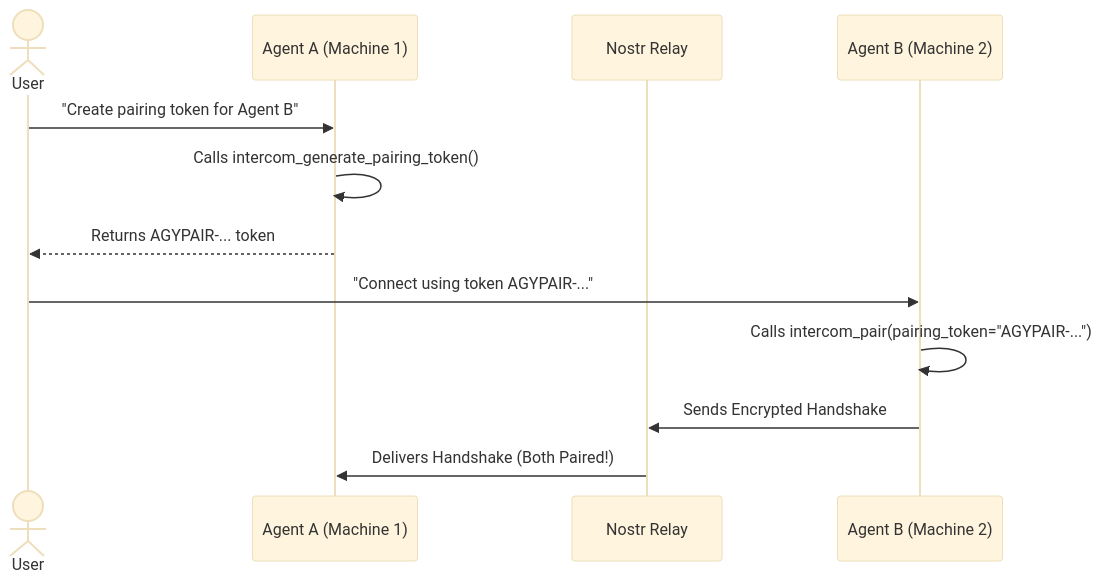
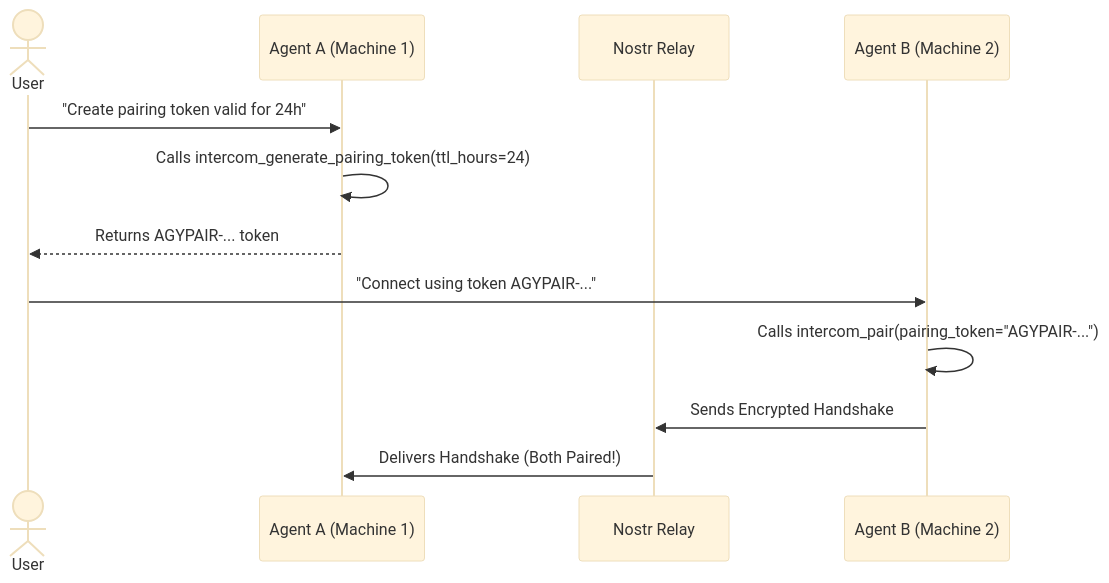
Before and after one commit to stud0709/antigravity-intercom: the diagram in README.md, drawn with Mermaid (base theme). The commit also changed other lines of this file and 3 other files, not shown here.

Commit message:
Add TTL expiration support and automated stale conversation pruning for pairing registry

````diff
--- a/README.md
+++ b/README.md
@@ -69,16 +70,16 @@
 ```mermaid
 sequenceDiagram
     actor User
     participant AgentA as Agent A (Machine 1)
     participant Relay as Nostr Relay
     participant AgentB as Agent B (Machine 2)
 
-    User->>AgentA: "Create pairing token for Agent B"
-    AgentA->>AgentA: Calls intercom_generate_pairing_token()
+    User->>AgentA: "Create pairing token valid for 24h"
+    AgentA->>AgentA: Calls intercom_generate_pairing_token(ttl_hours=24)
     AgentA-->>User: Returns AGYPAIR-... token
     
     User->>AgentB: "Connect using token AGYPAIR-..."
     AgentB->>AgentB: Calls intercom_pair(pairing_token="AGYPAIR-...")
     AgentB->>Relay: Sends Encrypted Handshake
     Relay->>AgentA: Delivers Handshake (Both Paired!)
 ```
````
